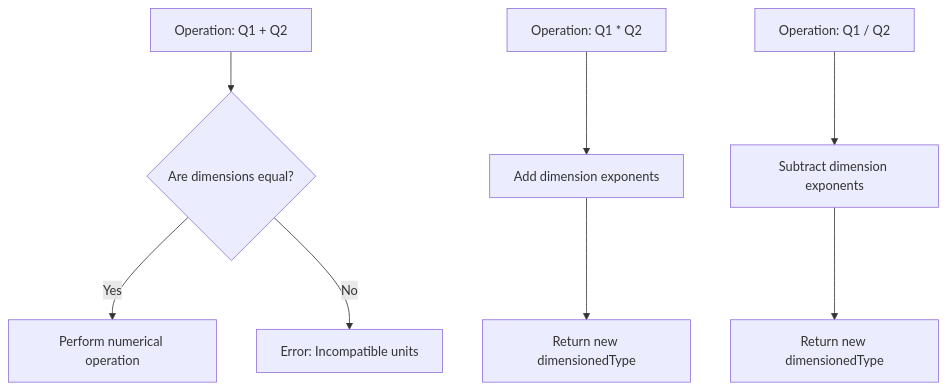
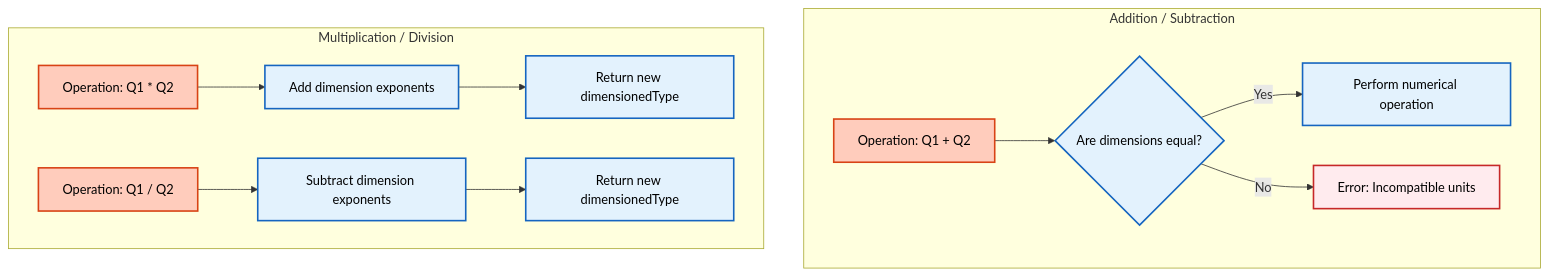
Before and after one commit to wramet/build-my-cfd: the first of 3 diagrams in MODULE_05_OPENFOAM_PROGRAMMING/CONTENT/01_FOUNDATION_PRIMITIVES/03_Dimensioned_Types_Intro.md, drawn with Mermaid. The commit also changed other lines of this file and 313 other files, not shown here.

Commit message:
Revise all diagram

````diff
--- a/MODULE_05_OPENFOAM_PROGRAMMING/CONTENT/01_FOUNDATION_PRIMITIVES/03_Dimensioned_Types_Intro.md
+++ b/MODULE_05_OPENFOAM_PROGRAMMING/CONTENT/01_FOUNDATION_PRIMITIVES/03_Dimensioned_Types_Intro.md
@@ -68,12 +68,21 @@
 ```mermaid
 flowchart TD
-    A[Operation: Q1 + Q2] --> B{Are dimensions equal?}
-    B -->|Yes| C[Perform numerical operation]
-    B -->|No| D[Error: Incompatible units]
+%% Classes
+classDef explicit fill:#ffccbc,stroke:#d84315,stroke-width:2px,color:#000
+classDef implicit fill:#e3f2fd,stroke:#1565c0,stroke-width:2px,color:#000
+classDef error fill:#ffebee,stroke:#c62828,stroke-width:2px,color:#000
 
-    E[Operation: Q1 * Q2] --> F[Add dimension exponents]
-    F --> G[Return new dimensionedType]
+subgraph AddSub[" Addition / Subtraction "]
+    A["Operation: Q1 + Q2"]:::explicit --> B{"Are dimensions equal?"}:::implicit
+    B -->|"Yes"| C["Perform numerical operation"]:::implicit
+    B -->|"No"| D["Error: Incompatible units"]:::error
+end
 
-    H[Operation: Q1 / Q2] --> I[Subtract dimension exponents]
-    I --> J[Return new dimensionedType]
+subgraph MultDiv[" Multiplication / Division "]
+    E["Operation: Q1 * Q2"]:::explicit --> F["Add dimension exponents"]:::implicit
+    F --> G["Return new dimensionedType"]:::implicit
+
+    H["Operation: Q1 / Q2"]:::explicit --> I["Subtract dimension exponents"]:::implicit
+    I --> J["Return new dimensionedType"]:::implicit
+end
 ```
````
